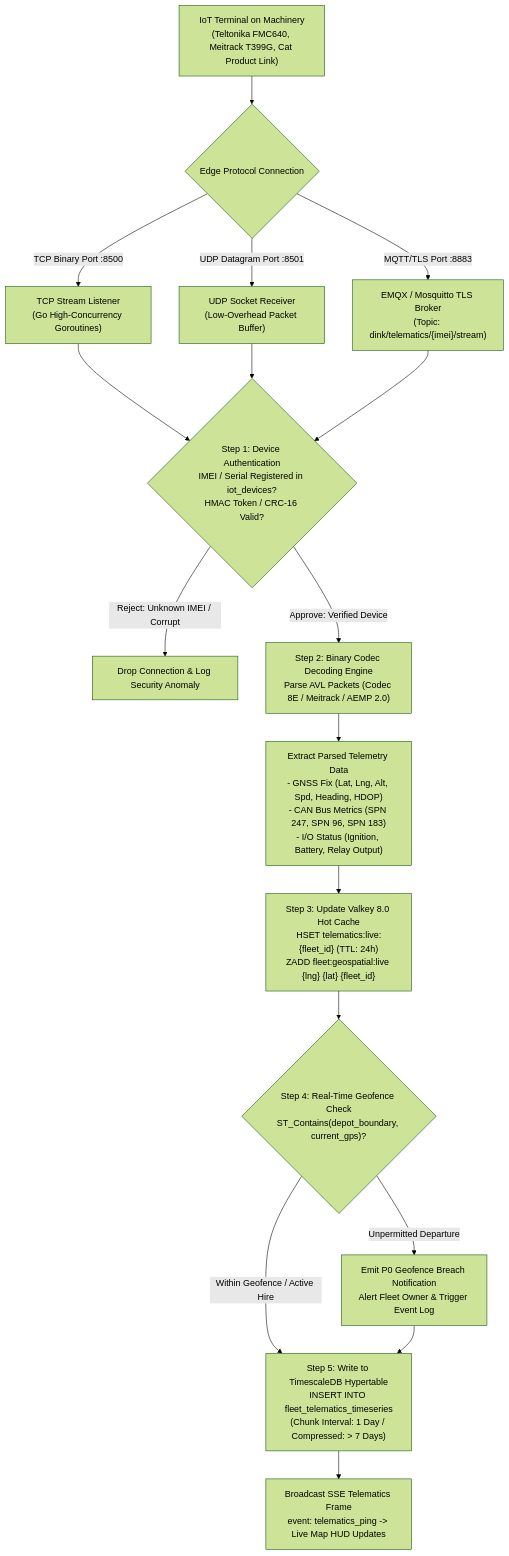
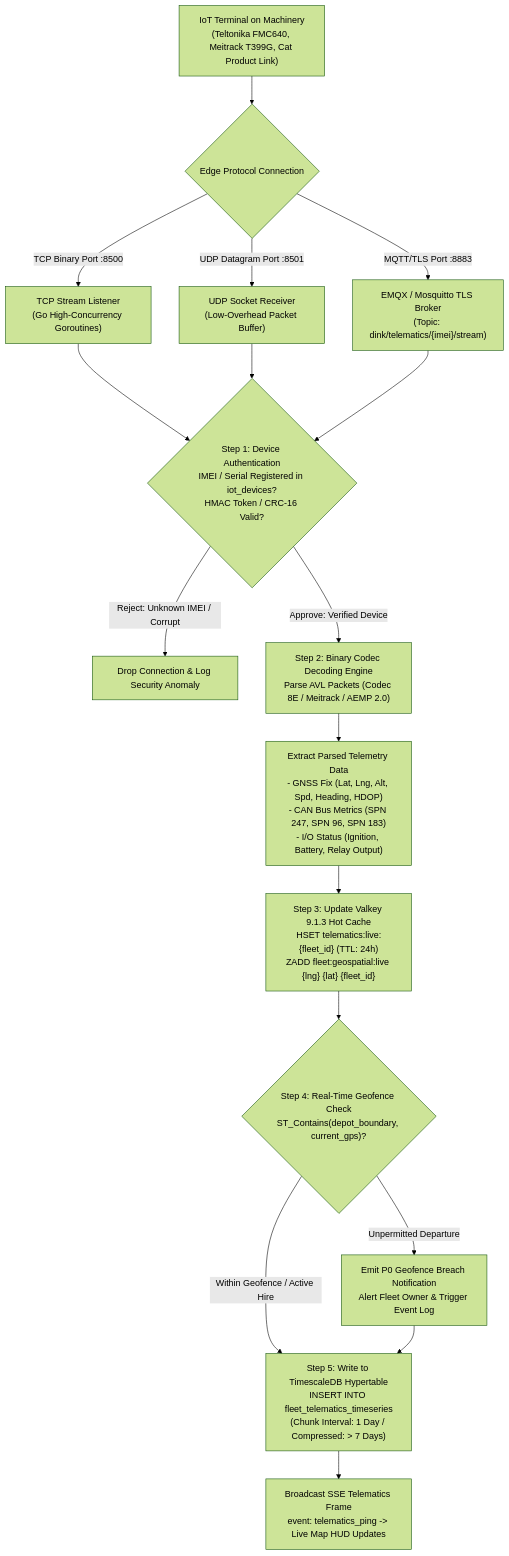
Before and after one commit to YDink/Heavy-Machinery-Logistics-Rental: the first of 3 diagrams in docs/shared/requirements/07-06-iot-hardware-telematics-integration.md, drawn with Mermaid (forest theme). The commit also changed other lines of this file and 212 other files, not shown here.

````diff
--- a/docs/shared/requirements/07-06-iot-hardware-telematics-integration.md
+++ b/docs/shared/requirements/07-06-iot-hardware-telematics-integration.md
@@ -92,28 +92,28 @@
 ```mermaid
 flowchart TD
     HardwareDevice["IoT Terminal on Machinery<br/>(Teltonika FMC640, Meitrack T399G, Cat Product Link)"] --> IngressProtocols{"Edge Protocol Connection"}
     
     IngressProtocols -->|"TCP Binary Port :8500"| TCPListener["TCP Stream Listener<br/>(Go High-Concurrency Goroutines)"]
     IngressProtocols -->|"UDP Datagram Port :8501"| UDPListener["UDP Socket Receiver<br/>(Low-Overhead Packet Buffer)"]
     IngressProtocols -->|"MQTT/TLS Port :8883"| MQTTBroker["EMQX / Mosquitto TLS Broker<br/>(Topic: dink/telematics/{imei}/stream)"]
 
     TCPListener --> DeviceAuth{"Step 1: Device Authentication<br/>IMEI / Serial Registered in iot_devices?<br/>HMAC Token / CRC-16 Valid?"}
     UDPListener --> DeviceAuth
     MQTTBroker --> DeviceAuth
 
     DeviceAuth -->|"Reject: Unknown IMEI / Corrupt"| DropPacket["Drop Connection & Log Security Anomaly"]
     DeviceAuth -->|"Approve: Verified Device"| CodecDecoder["Step 2: Binary Codec Decoding Engine<br/>Parse AVL Packets (Codec 8E / Meitrack / AEMP 2.0)"]
 
     CodecDecoder --> ExtractMetrics["Extract Parsed Telemetry Data<br/>- GNSS Fix (Lat, Lng, Alt, Spd, Heading, HDOP)<br/>- CAN Bus Metrics (SPN 247, SPN 96, SPN 183)<br/>- I/O Status (Ignition, Battery, Relay Output)"]
 
-    ExtractMetrics --> UpdateValkeyHot["Step 3: Update Valkey 8.0 Hot Cache<br/>HSET telematics:live:{fleet_id} (TTL: 24h)<br/>ZADD fleet:geospatial:live {lng} {lat} {fleet_id}"]
+    ExtractMetrics --> UpdateValkeyHot["Step 3: Update Valkey 9.1.3 Hot Cache<br/>HSET telematics:live:{fleet_id} (TTL: 24h)<br/>ZADD fleet:geospatial:live {lng} {lat} {fleet_id}"]
 
     UpdateValkeyHot --> CheckGeofence{"Step 4: Real-Time Geofence Check<br/>ST_Contains(depot_boundary, current_gps)?"}
 
     CheckGeofence -->|"Unpermitted Departure"| AlertGeofence["Emit P0 Geofence Breach Notification<br/>Alert Fleet Owner & Trigger Event Log"]
     CheckGeofence -->|"Within Geofence / Active Hire"| EnqueueTimescale["Step 5: Write to TimescaleDB Hypertable<br/>INSERT INTO fleet_telematics_timeseries<br/>(Chunk Interval: 1 Day / Compressed: > 7 Days)"]
 
     AlertGeofence --> EnqueueTimescale
 
     EnqueueTimescale --> EmitSSE["Broadcast SSE Telematics Frame<br/>event: telematics_ping -> Live Map HUD Updates"]
 ```
````
